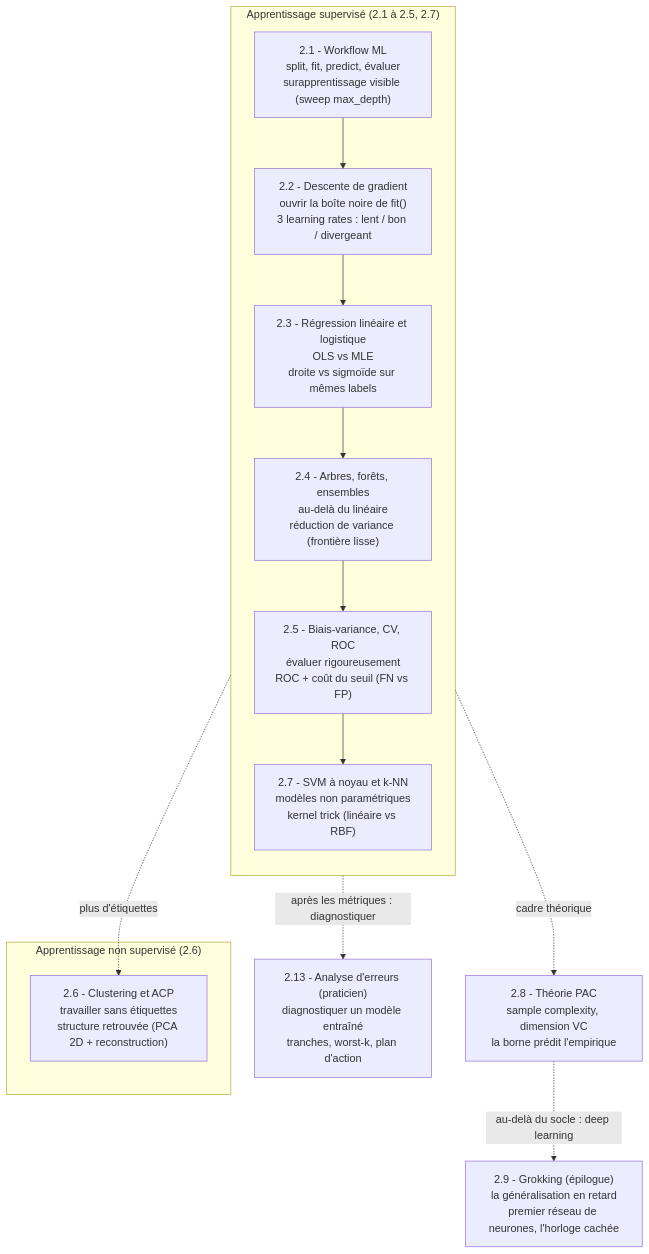
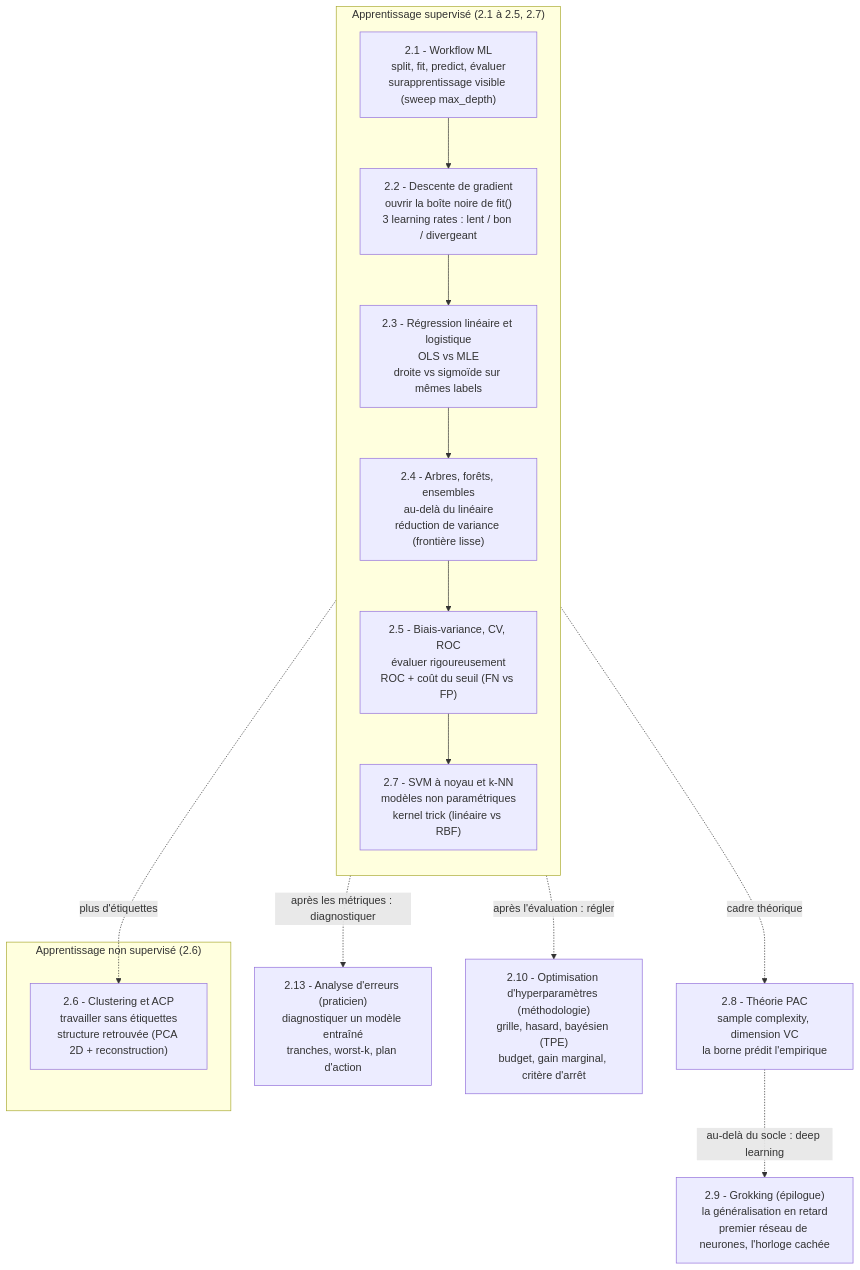
One commit to jsboige/CoursIA changed the diagram in MyIA.AI.Notebooks/ML/DataScienceWithAgents/02-ML-Cours/README.md. Above: the diagram before and after it, drawn with Mermaid. The commit also changed other lines of this file and 3 other files, not shown here.

````diff
--- a/MyIA.AI.Notebooks/ML/DataScienceWithAgents/02-ML-Cours/README.md
+++ b/MyIA.AI.Notebooks/ML/DataScienceWithAgents/02-ML-Cours/README.md
@@ -72,23 +75,25 @@
 ```mermaid
 flowchart TD
     subgraph SUP["Apprentissage supervisé (2.1 à 2.5, 2.7)"]
       direction TB
       A["2.1 - Workflow ML<br/>split, fit, predict, évaluer<br/>surapprentissage visible (sweep max_depth)"]
       B["2.2 - Descente de gradient<br/>ouvrir la boîte noire de fit()<br/>3 learning rates : lent / bon / divergeant"]
       C["2.3 - Régression linéaire et logistique<br/>OLS vs MLE<br/>droite vs sigmoïde sur mêmes labels"]
       D["2.4 - Arbres, forêts, ensembles<br/>au-delà du linéaire<br/>réduction de variance (frontière lisse)"]
       E["2.5 - Biais-variance, CV, ROC<br/>évaluer rigoureusement<br/>ROC + coût du seuil (FN vs FP)"]
       G["2.7 - SVM à noyau et k-NN<br/>modèles non paramétriques<br/>kernel trick (linéaire vs RBF)"]
       A --> B --> C --> D --> E --> G
     end
     subgraph UNSUP["Apprentissage non supervisé (2.6)"]
       F["2.6 - Clustering et ACP<br/>travailler sans étiquettes<br/>structure retrouvée (PCA 2D + reconstruction)"]
     end
     H["2.8 - Théorie PAC<br/>sample complexity, dimension VC<br/>la borne prédit l'empirique"]
     I["2.9 - Grokking (épilogue)<br/>la généralisation en retard<br/>premier réseau de neurones, l'horloge cachée"]
     E -. "plus d'étiquettes" .-> F
     E -. "cadre théorique" .-> H
     H -. "au-delà du socle : deep learning" .-> I
     J["2.13 - Analyse d'erreurs (praticien)<br/>diagnostiquer un modèle entraîné<br/>tranches, worst-k, plan d'action"]
     E -. "après les métriques : diagnostiquer" .-> J
+    K["2.10 - Optimisation d'hyperparamètres (méthodologie)<br/>grille, hasard, bayésien (TPE)<br/>budget, gain marginal, critère d'arrêt"]
+    E -. "après l'évaluation : régler" .-> K
 ```
````
